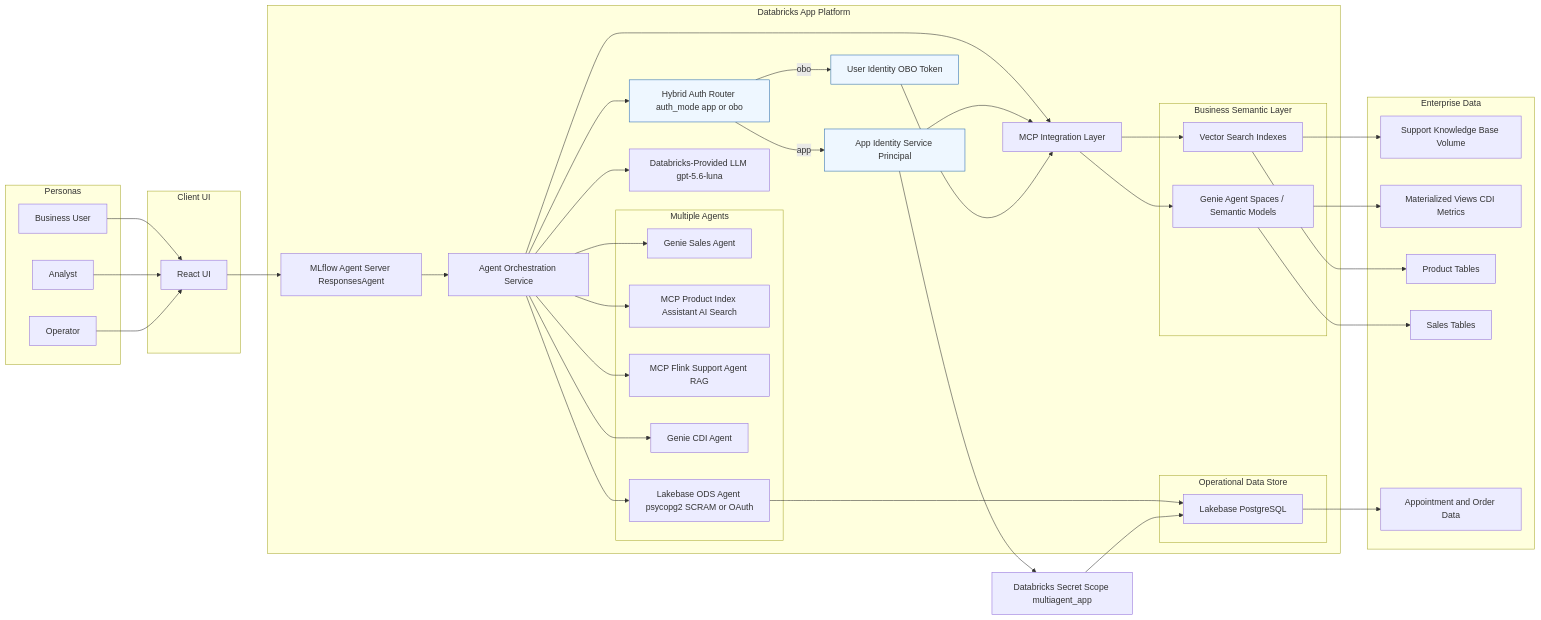
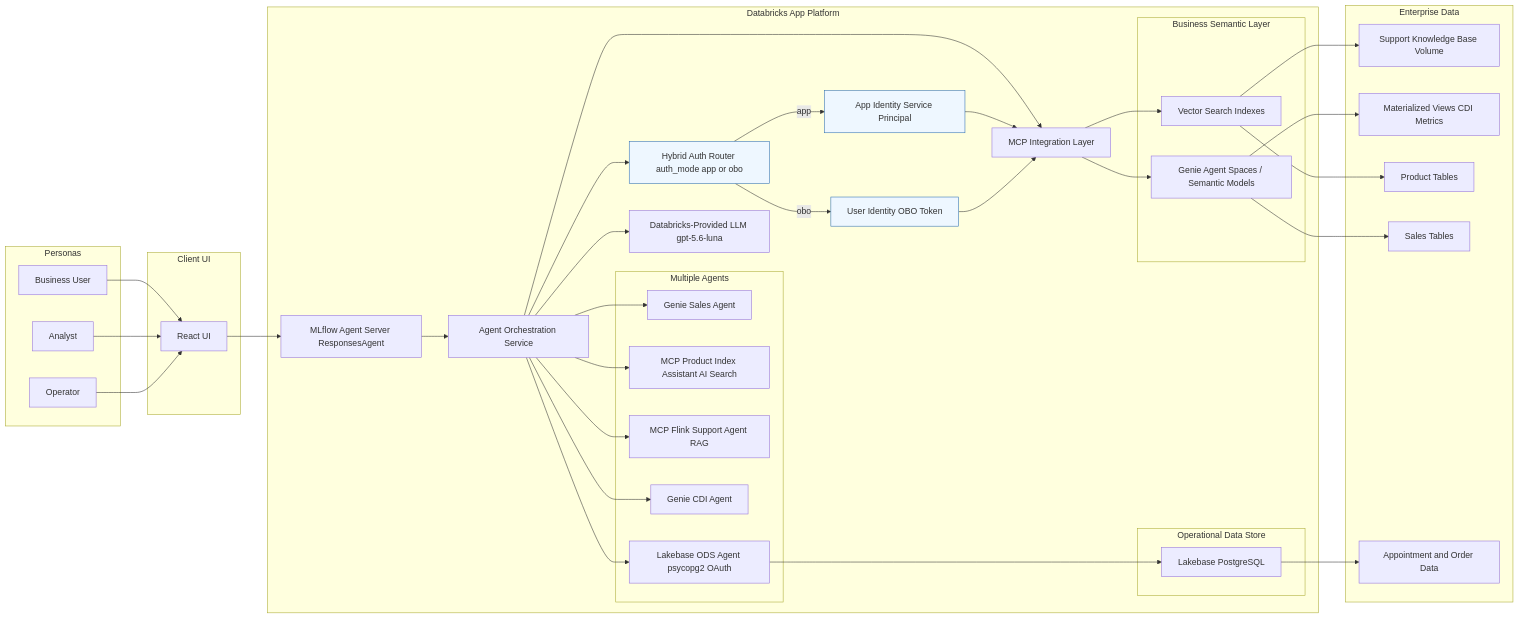
Before and after one commit to wchen-dea/Governed-Multi-Agent-Intelligence-on-Databricks: the first of 2 diagrams in docs/architecture/high-level-architecture.md, drawn with Mermaid. The commit also changed other lines of this file and 14 other files, not shown here.

````diff
--- a/docs/architecture/high-level-architecture.md
+++ b/docs/architecture/high-level-architecture.md
@@ -70,82 +70,80 @@
 ```mermaid
 flowchart LR
     subgraph Personas[Personas]
         P1[Business User]
         P2[Analyst]
         P3[Operator]
     end
 
     subgraph Client[Client UI]
         UI[React UI]
     end
 
     subgraph Platform[Databricks App Platform]
         AS[MLflow Agent Server ResponsesAgent]
         ORCH[Agent Orchestration Service]
         AUTH[Hybrid Auth Router auth_mode app or obo]
         MCP[MCP Integration Layer]
         LLM[Databricks-Provided LLM gpt-5.6-luna]
 
         APPID[App Identity Service Principal]
         OBOID[User Identity OBO Token]
 
         subgraph Agents[Multiple Agents]
             A1[Genie Sales Agent]
             A2[MCP Product Index Assistant AI Search]
             A3[MCP Flink Support Agent RAG]
             A4[Genie CDI Agent]
-            A5[Lakebase ODS Agent psycopg2 SCRAM or OAuth]
+            A5[Lakebase ODS Agent psycopg2 OAuth]
         end
 
         subgraph Semantic[Business Semantic Layer]
             BSL[Genie Agent Spaces / Semantic Models]
             VS[Vector Search Indexes]
         end
 
         subgraph ODS[Operational Data Store]
             LB[Lakebase PostgreSQL]
         end
     end
 
     subgraph Data[Enterprise Data]
         KB[Support Knowledge Base Volume]
         MV[Materialized Views CDI Metrics]
         PT[Product Tables]
         ST[Sales Tables]
         OD[Appointment and Order Data]
     end
 
     P1 --> UI
     P2 --> UI
     P3 --> UI
 
     UI --> AS
     AS --> ORCH
     ORCH --> AUTH
     AUTH -->|app| APPID
     AUTH -->|obo| OBOID
     ORCH --> A1
     ORCH --> A2
     ORCH --> A3
     ORCH --> A4
     ORCH --> A5
 
     ORCH --> LLM
 
     ORCH --> MCP
     APPID --> MCP
     OBOID --> MCP
     MCP --> BSL
     MCP --> VS
     A5 --> LB
-    APPID --> SECRET[Databricks Secret Scope multiagent_app]
-    SECRET --> LB
     BSL --> ST
     BSL --> MV
     VS --> PT
     VS --> KB
     LB --> OD
 
     classDef auth fill:#eef7ff,stroke:#2b6cb0,stroke-width:1px;
     class AUTH,APPID,OBOID auth;
 ```
````
